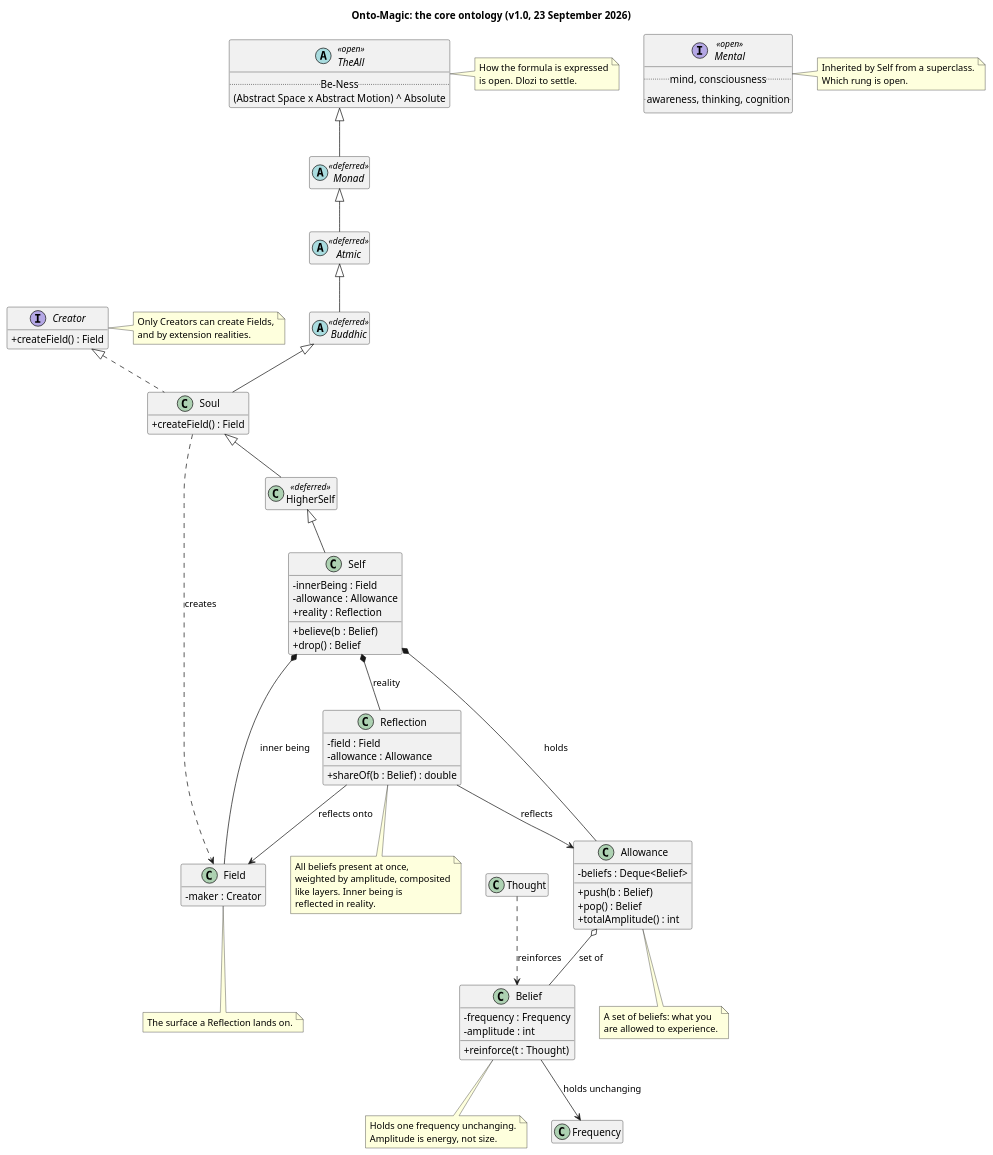
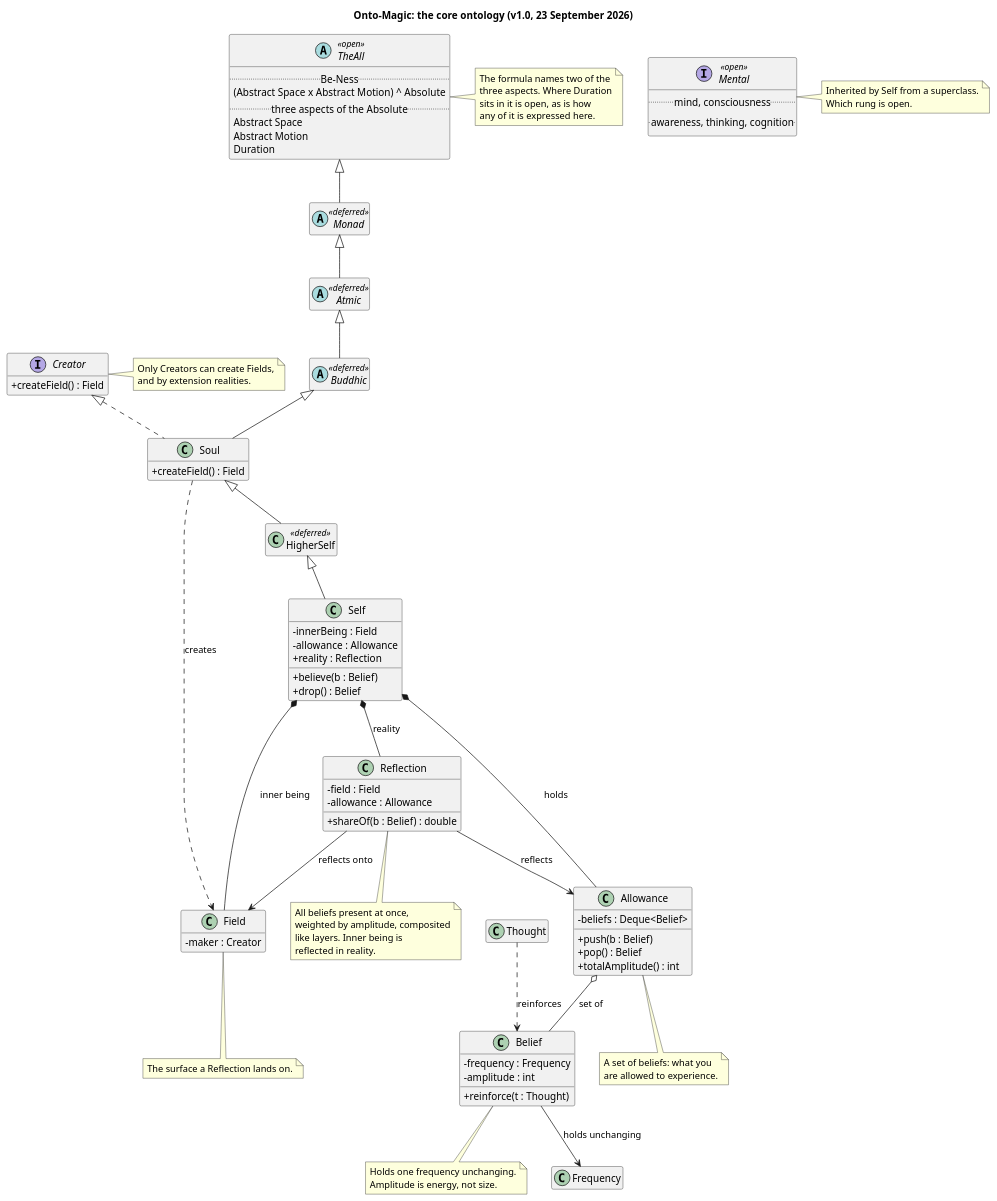
The diagram in all.puml (Dlozlami/onto-magic), drawn with PlantUML before and after one commit. The commit also changed 4 other files, not shown here.

Commit message:
Add Duration as third aspect of the Absolute; file the Great Breath as narrative device

```diff
--- a/all.puml
+++ b/all.puml
@@ -1,113 +1,119 @@
 @startuml all
 title Onto-Magic: the core ontology (v1.0, 23 September 2026)
 
 skinparam classAttributeIconSize 0
 skinparam shadowing false
 hide empty members
 
 abstract class TheAll <<open>> {
   .. Be-Ness ..
   (Abstract Space x Abstract Motion) ^ Absolute
+  .. three aspects of the Absolute ..
+  Abstract Space
+  Abstract Motion
+  Duration
 }
 note right of TheAll
-  How the formula is expressed
-  is open. Dlozi to settle.
+  The formula names two of the
+  three aspects. Where Duration
+  sits in it is open, as is how
+  any of it is expressed here.
 end note
 
 abstract class Monad <<deferred>>
 abstract class Atmic <<deferred>>
 abstract class Buddhic <<deferred>>
 
 interface Creator {
   + createField() : Field
 }
 note right of Creator
   Only Creators can create Fields,
   and by extension realities.
 end note
 
 class Soul {
   + createField() : Field
 }
 
 class HigherSelf <<deferred>>
 
 class Self {
   - innerBeing : Field
   - allowance : Allowance
   + reality : Reflection
   + believe(b : Belief)
   + drop() : Belief
 }
 
 class Field {
   - maker : Creator
 }
 note bottom of Field
   The surface a Reflection lands on.
 end note
 
 class Allowance {
   - beliefs : Deque<Belief>
   + push(b : Belief)
   + pop() : Belief
   + totalAmplitude() : int
 }
 note bottom of Allowance
   A set of beliefs: what you
   are allowed to experience.
 end note
 
 class Belief {
   - frequency : Frequency
   - amplitude : int
   + reinforce(t : Thought)
 }
 note bottom of Belief
   Holds one frequency unchanging.
   Amplitude is energy, not size.
 end note
 
 class Frequency
 class Thought
 
 class Reflection {
   - field : Field
   - allowance : Allowance
   + shareOf(b : Belief) : double
 }
 note bottom of Reflection
   All beliefs present at once,
   weighted by amplitude, composited
   like layers. Inner being is
   reflected in reality.
 end note
 
 interface Mental <<open>> {
   .. mind, consciousness ..
   .. awareness, thinking, cognition ..
 }
 note right of Mental
   Inherited by Self from a superclass.
   Which rung is open.
 end note
 
 TheAll <|-- Monad
 Monad <|-- Atmic
 Atmic <|-- Buddhic
 Buddhic <|-- Soul
 Creator <|.. Soul
 Soul <|-- HigherSelf
 HigherSelf <|-- Self
 
 Soul ..> Field : creates
 Self *-- Field : inner being
 Self *-- Allowance : holds
 Self *-- Reflection : reality
 Reflection --> Field : reflects onto
 Reflection --> Allowance : reflects
 Allowance o-- Belief : set of
 Belief --> Frequency : holds unchanging
 Thought ..> Belief : reinforces
 
 @enduml
```
